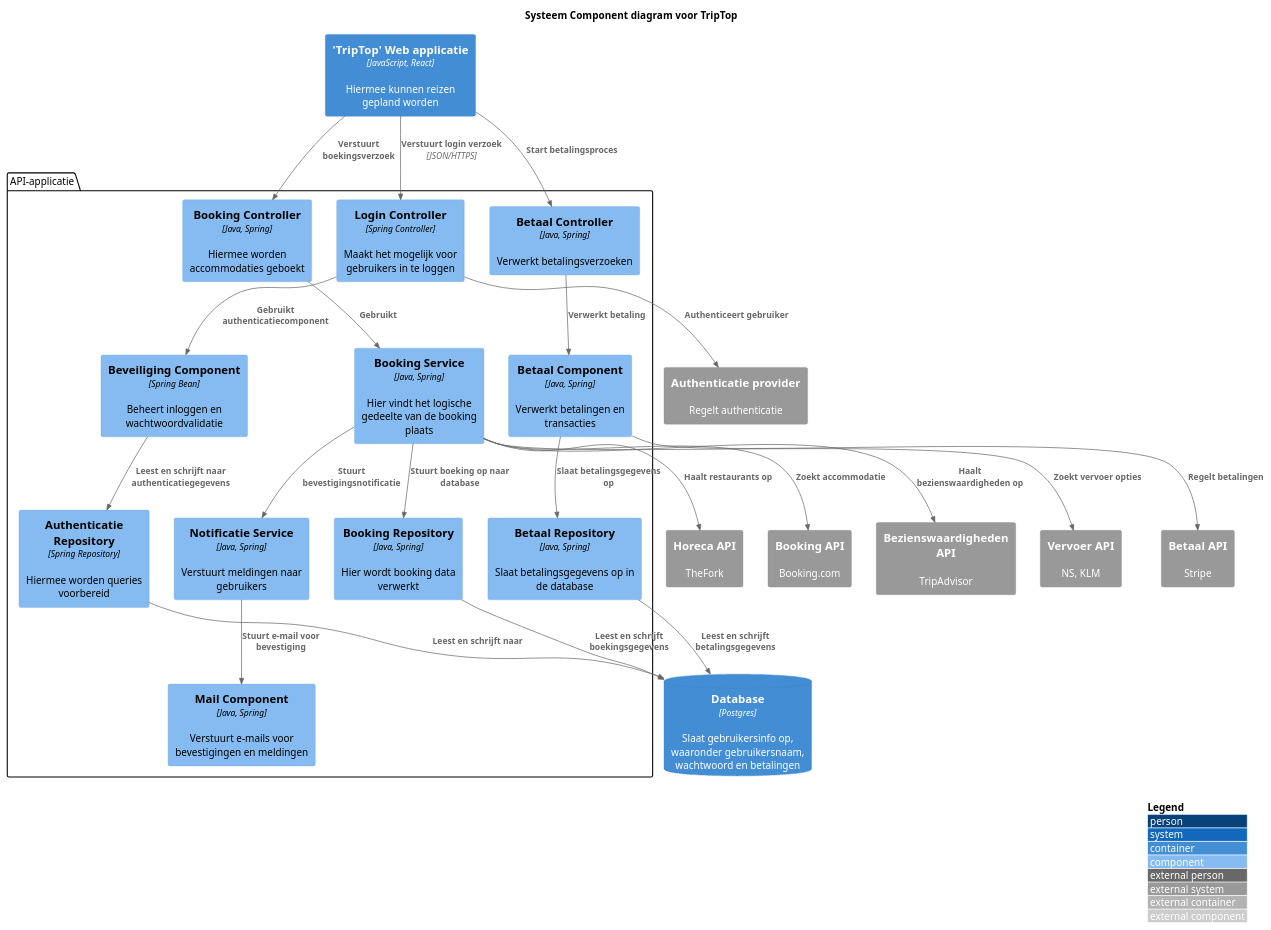
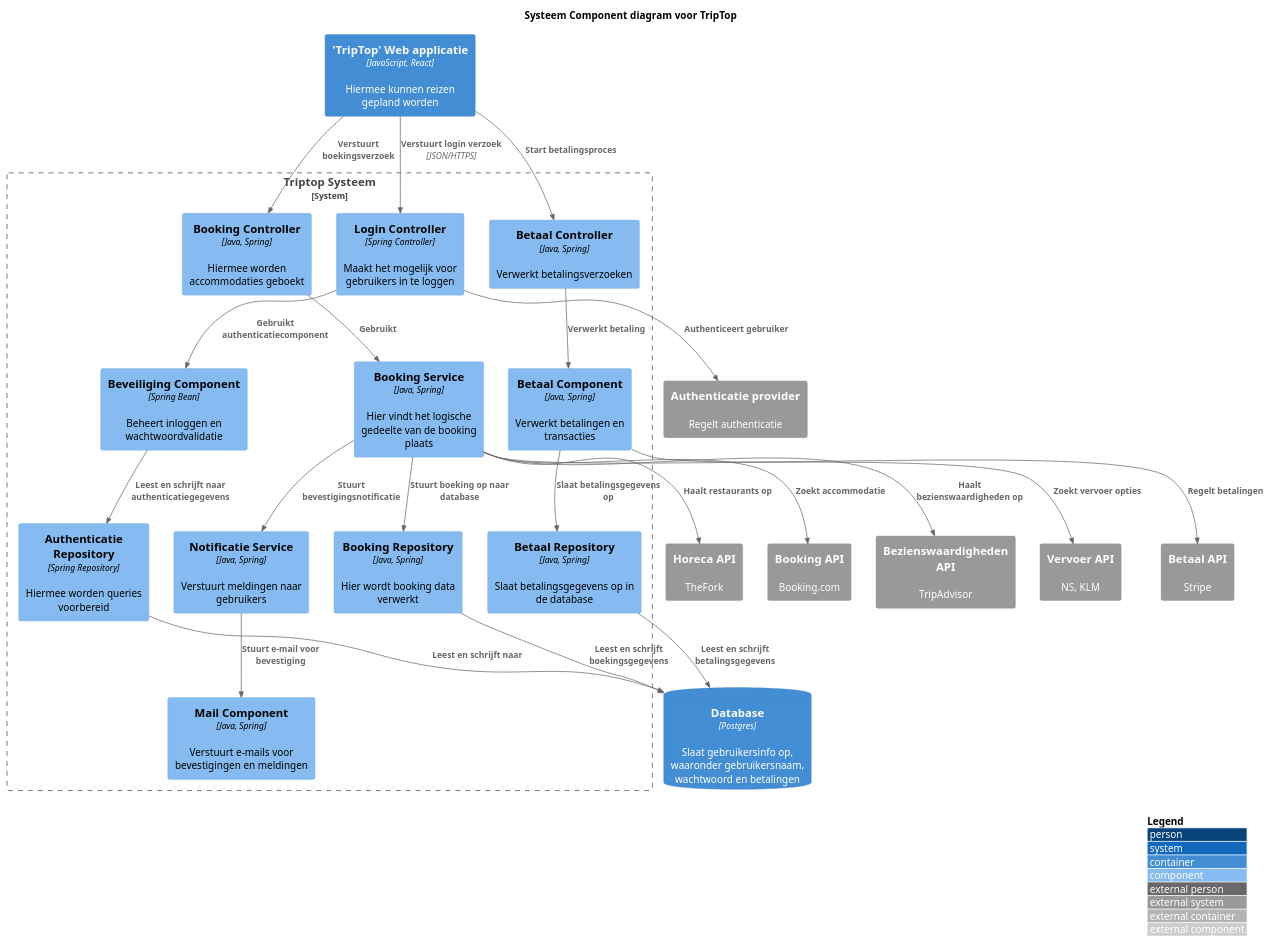
One commit to AIM-ENE-feb25/triptop-groep-4-afscheidscadeau-voor-juf-kim changed the diagram in opdracht-diagrammen/Component Diagram.puml. Above: the diagram before and after it, drawn with PlantUML.

Commit message:
update line

```diff
--- a/opdracht-diagrammen/Component Diagram.puml
+++ b/opdracht-diagrammen/Component Diagram.puml
@@ -1,65 +1,65 @@
 @startuml C4_Elements
 !include https://raw.githubusercontent.com/plantuml-stdlib/C4-PlantUML/master/C4_Component.puml
 title Systeem Component diagram voor TripTop
 
 LAYOUT_WITH_LEGEND()
 
 'skinparam linetype ortho
 'skinparam ArrowStyle Dashed
 
 Container(Webapp, "'TripTop' Web applicatie", "JavaScript, React", "Hiermee kunnen reizen gepland worden")
 
-package "API-applicatie" <<Rectangle>> {
+System_Boundary(triptop, "Triptop Systeem") {
     Component(loginController, "Login Controller", "Spring Controller", "Maakt het mogelijk voor gebruikers in te loggen")
     Component(bookingComponent, "Booking Controller", "Java, Spring", "Hiermee worden accommodaties geboekt")
     Component(bookingService, "Booking Service", "Java, Spring", "Hier vindt het logische gedeelte van de booking plaats")
     Component(bookingRepo, "Booking Repository", "Java, Spring", "Hier wordt booking data verwerkt")
 
     Component(notificatieService, "Notificatie Service", "Java, Spring", "Verstuurt meldingen naar gebruikers")
     Component(mailComponent, "Mail Component", "Java, Spring", "Verstuurt e-mails voor bevestigingen en meldingen")
 
     Component(betaalController, "Betaal Controller", "Java, Spring", "Verwerkt betalingsverzoeken")
     Component(betaalComponent, "Betaal Component", "Java, Spring", "Verwerkt betalingen en transacties")
     Component(betaalRepo, "Betaal Repository", "Java, Spring", "Slaat betalingsgegevens op in de database")
 
     Component(authenticatieRepo, "Authenticatie Repository", "Spring Repository", "Hiermee worden queries voorbereid")
     Component(beveiligingComponent, "Beveiliging Component", "Spring Bean", "Beheert inloggen en wachtwoordvalidatie")
 }
 
 ContainerDb(Database, "Database", "Postgres", "Slaat gebruikersinfo op, waaronder gebruikersnaam, wachtwoord en betalingen")
 
 System_Ext(authAPI, "Authenticatie provider", "Regelt authenticatie")
 System_Ext(bookingAPI, "Booking API", "Booking.com")
 System_Ext(bezienswaardighedenAPI, "Bezienswaardigheden API", "TripAdvisor")
 System_Ext(vervoerAPI, "Vervoer API", "NS, KLM")
 System_Ext(horecaAPI, "Horeca API", "TheFork")
 System_Ext(betaalAPI, "Betaal API", "Stripe")
 
 
 Rel(Webapp, loginController, "Verstuurt login verzoek", "JSON/HTTPS")
 Rel(loginController, beveiligingComponent, "Gebruikt authenticatiecomponent")
 Rel(loginController, authAPI, "Authenticeert gebruiker")
 Rel(beveiligingComponent, authenticatieRepo, "Leest en schrijft naar authenticatiegegevens")
 Rel(authenticatieRepo, Database, "Leest en schrijft naar")
 
 Rel(Webapp, bookingComponent, "Verstuurt boekingsverzoek")
 Rel(bookingComponent, bookingService, "Gebruikt")
 Rel(bookingService, bookingRepo, "Stuurt boeking op naar database")
 Rel(bookingRepo, Database, "Leest en schrijft boekingsgegevens")
 
 Rel(bookingService, notificatieService, "Stuurt bevestigingsnotificatie")
 Rel(notificatieService, mailComponent, "Stuurt e-mail voor bevestiging")
 
 Rel(Webapp, betaalController, "Start betalingsproces")
 Rel(betaalController, betaalComponent, "Verwerkt betaling")
 Rel(betaalComponent, betaalRepo, "Slaat betalingsgegevens op")
 Rel(betaalRepo, Database, "Leest en schrijft betalingsgegevens")
 
 Rel(bookingService, bookingAPI, "Zoekt accommodatie")
 Rel(bookingService, bezienswaardighedenAPI, "Haalt bezienswaardigheden op")
 Rel(bookingService, vervoerAPI, "Zoekt vervoer opties")
 Rel(bookingService, horecaAPI, "Haalt restaurants op")
 
 Rel(betaalComponent, betaalAPI, "Regelt betalingen")
 
 @enduml
```
